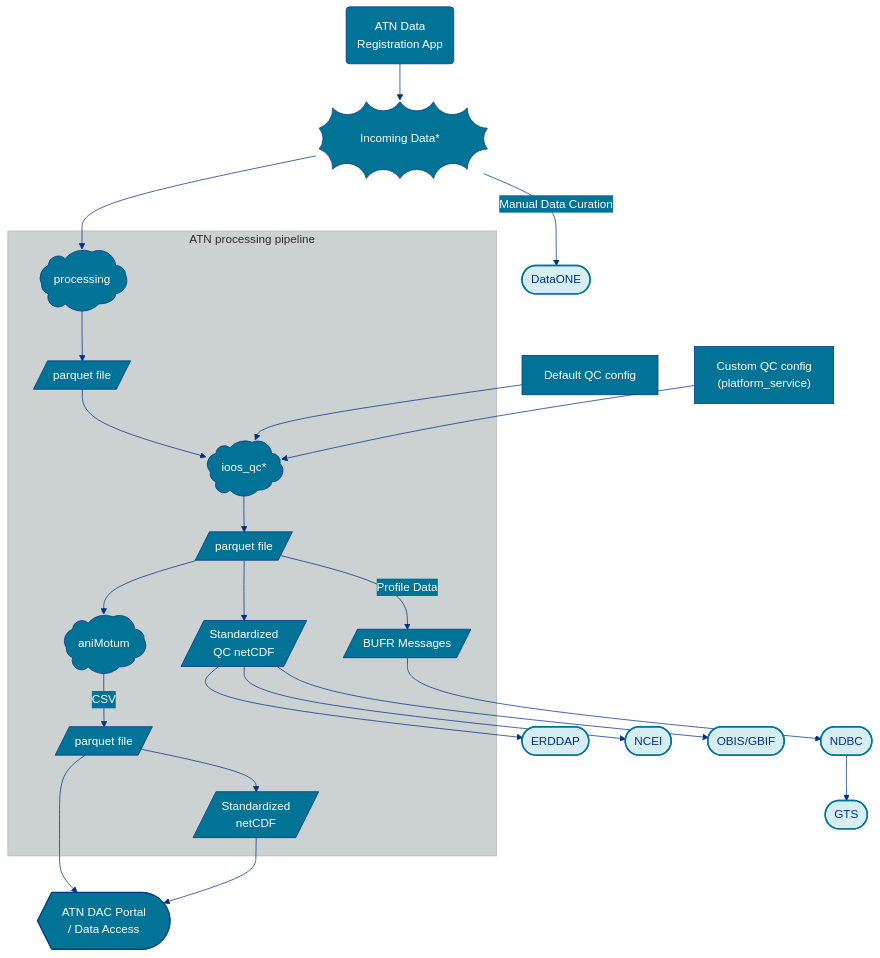
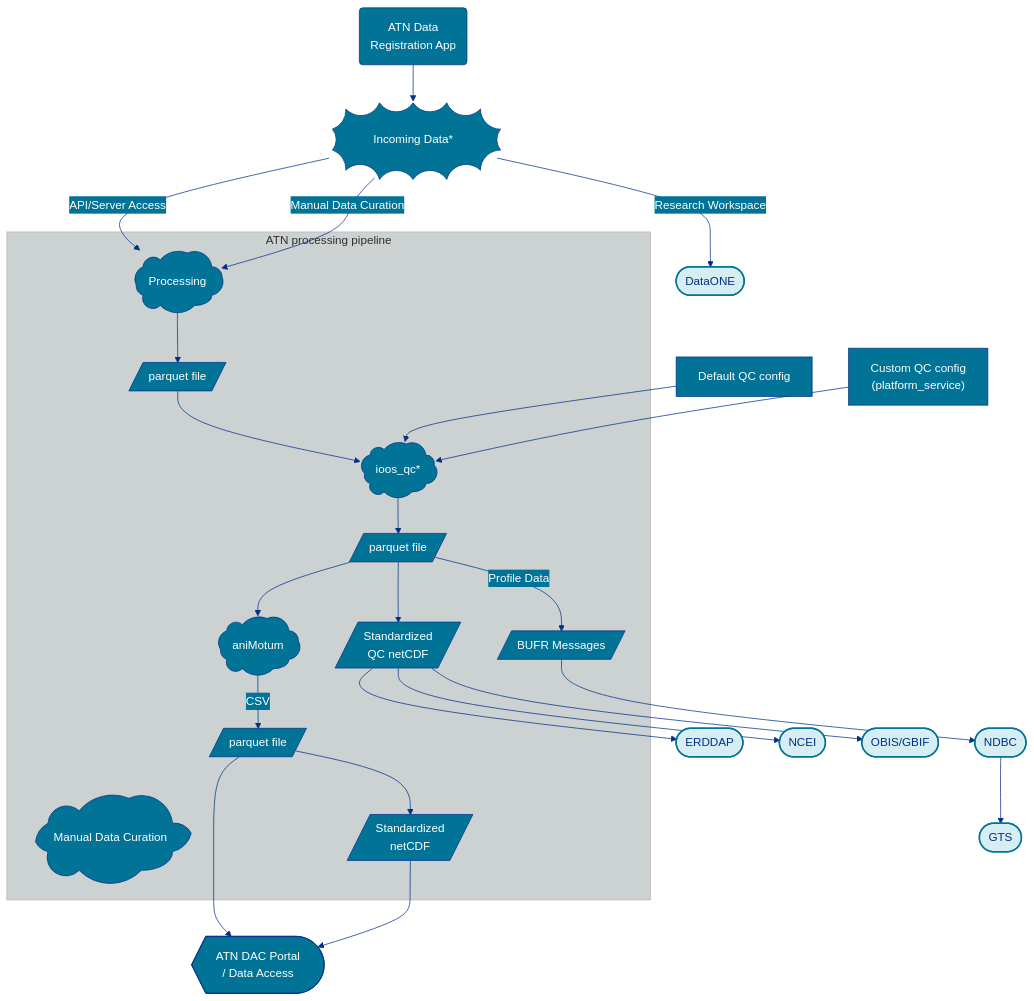
One commit to ioos/ioos-atn-data changed the diagram in _docs/overview.md. Above: the diagram before and after it, drawn with Mermaid.

Commit message:
update diagram

```diff
--- a/_docs/overview.md
+++ b/_docs/overview.md
@@ -40,7 +40,7 @@
   Incoming["Incoming Data*"]@{ shape: bang}
 
   ATNApp --> Incoming
-  Incoming -->|Manual Data Curation| DataONE
+
 
   %% -----------------------
   %% QC configuration
@@ -50,7 +50,8 @@
   %% ATN processing pipeline
   %% -----------------------
   subgraph PIPELINE[ATN processing pipeline]
-    Processing((processing))@{ shape: cloud }
+    Processing((Processing))@{ shape: cloud }
+    Manual(("Manual Data Curation"))@{ shape: cloud }
     PQ1[/parquet file/]
     IOOSQC((ioos_qc*))@{ shape: cloud }
     PQ2[/parquet file/]
@@ -62,7 +63,9 @@
   end
 
   %% Pipeline flow
-  Incoming --> Processing
+  Incoming --> |API/Server Access| Processing
+  Incoming --> |Manual Data Curation| Processing
+  Incoming -->|Research Workspace| DataONE
   Processing --> PQ1
   PQ1 --> IOOSQC
   DefaultQC --> IOOSQC
```
